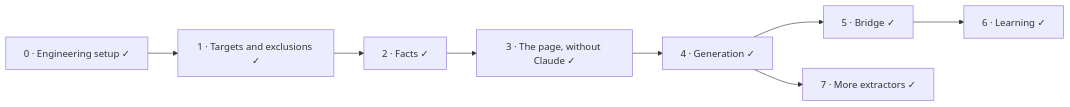
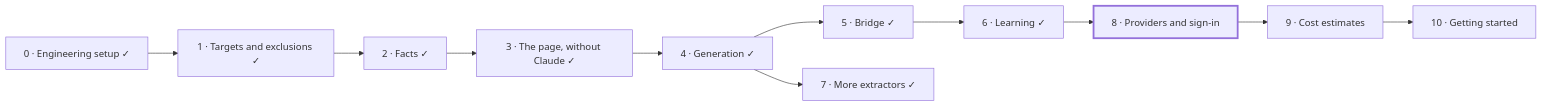
Before and after one commit to mohamed-abdelsattar92/codetrail: the sixth of 6 diagrams in README.md, drawn with Mermaid. The commit also changed other lines of this file and 7 other files, not shown here.

````diff
--- a/README.md
+++ b/README.md
@@ -236,11 +236,14 @@
 ```mermaid
 flowchart LR
     P0["0 · Engineering setup ✓"] --> P1["1 · Targets and exclusions ✓"]
     P1 --> P2["2 · Facts ✓"]
     P2 --> P3["3 · The page, without Claude ✓"]
     P3 --> P4["4 · Generation ✓"]
     P4 --> P5["5 · Bridge ✓"]
     P5 --> P6["6 · Learning ✓"]
     P4 --> P7["7 · More extractors ✓"]
+    P6 --> P8["8 · Providers and sign-in"]:::next
+    P8 --> P9["9 · Cost estimates"]
+    P9 --> P10["10 · Getting started"]
     classDef next stroke-width:3px
 ```
````
